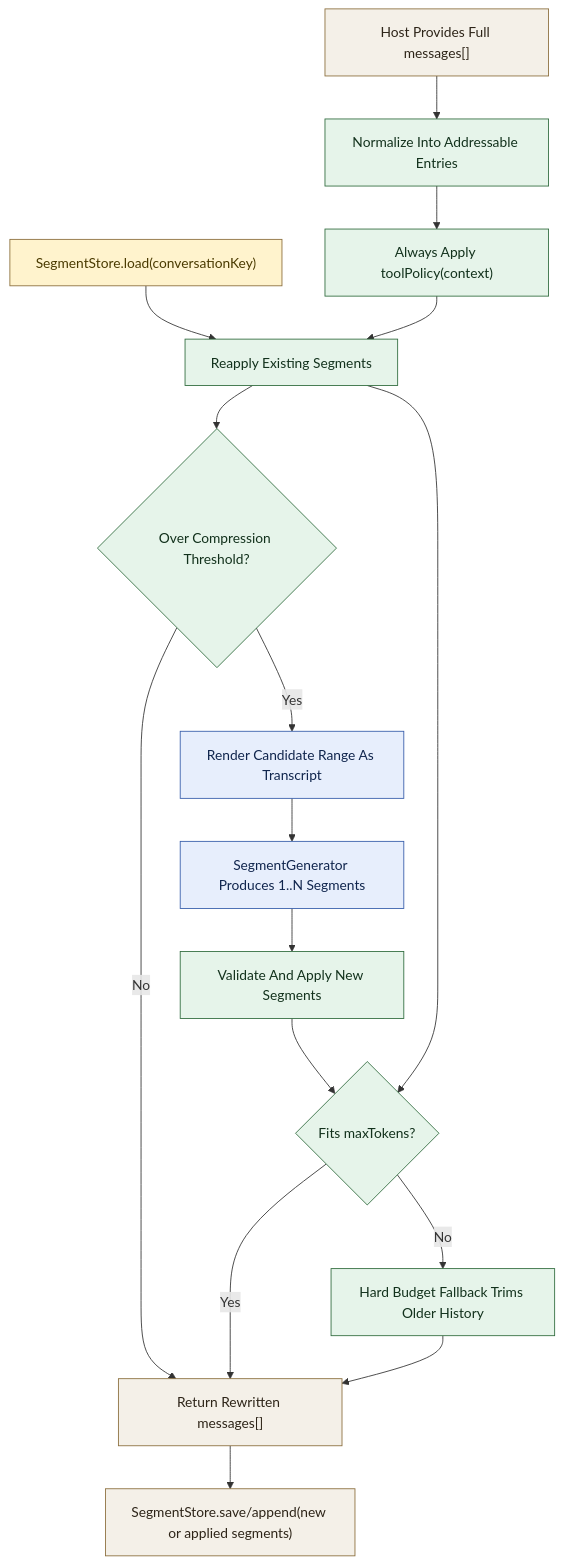
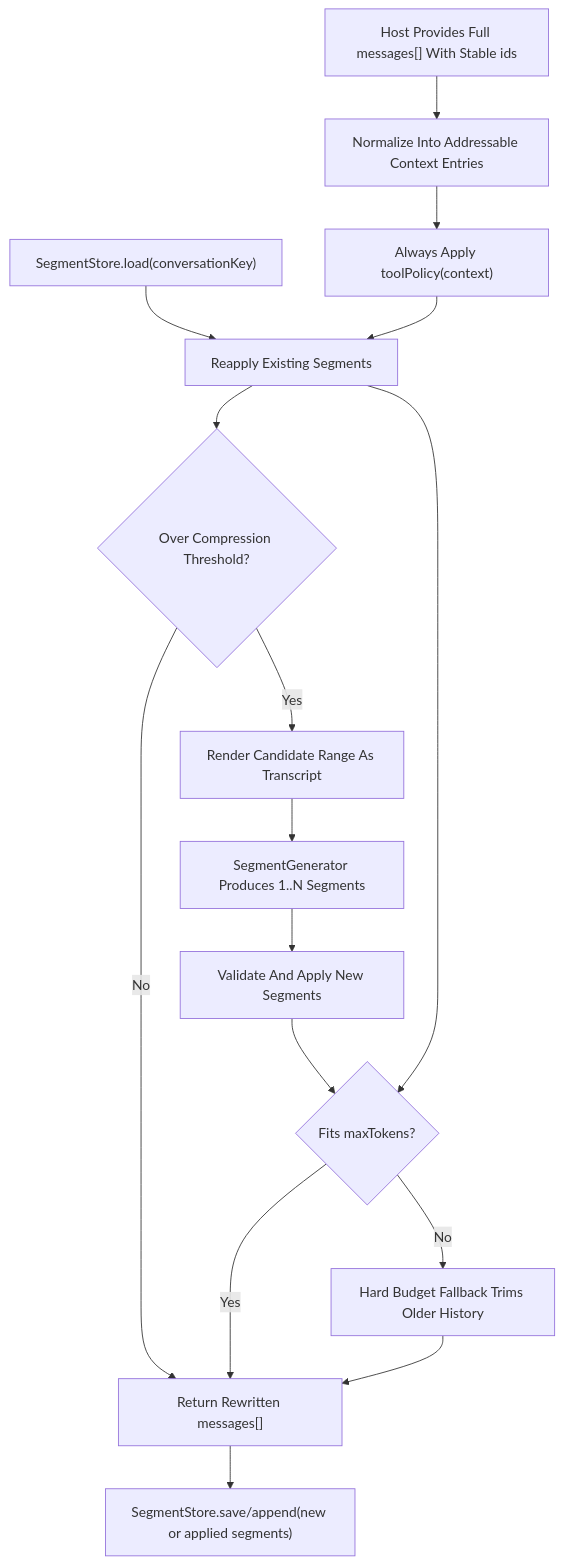
One commit to pablof7z/ai-sdk-context-management changed the diagram in README.md. Above: the diagram before and after it, drawn with Mermaid. The commit also changed other lines of this file and 26 other files, not shown here.

````diff
--- a/README.md
+++ b/README.md
@@ -23,28 +16,18 @@
 ```mermaid
 flowchart TD
-    A["Host Provides Full messages[]"] --> B["Normalize Into Addressable Entries"]
+    A["Host Provides Full messages[] With Stable ids"] --> B["Normalize Into Addressable Context Entries"]
     S["SegmentStore.load(conversationKey)"] --> C["Reapply Existing Segments"]
     B --> T["Always Apply toolPolicy(context)"]
     T --> C
     C --> D{"Over Compression Threshold?"}
     D -- "No" --> F["Return Rewritten messages[]"]
     D -- "Yes" --> E["Render Candidate Range As Transcript"]
     E --> G["SegmentGenerator Produces 1..N Segments"]
     G --> H["Validate And Apply New Segments"]
     H --> I{"Fits maxTokens?"}
     C --> I
     I -- "No" --> J["Hard Budget Fallback Trims Older History"]
     I -- "Yes" --> F
     J --> F
     F --> K["SegmentStore.save/append(new or applied segments)"]
-
-    classDef host fill:#f4f0e8,stroke:#8a6d3b,color:#2d2418
-    classDef engine fill:#e6f4ea,stroke:#2f6b3d,color:#12311c
-    classDef llm fill:#e7eefc,stroke:#355caa,color:#10254d
-    classDef store fill:#fff3cd,stroke:#8a6d3b,color:#4a3a00
-
-    class A,F,K host
-    class B,T,C,D,H,I,J engine
-    class E,G llm
-    class S store
 ```
````
